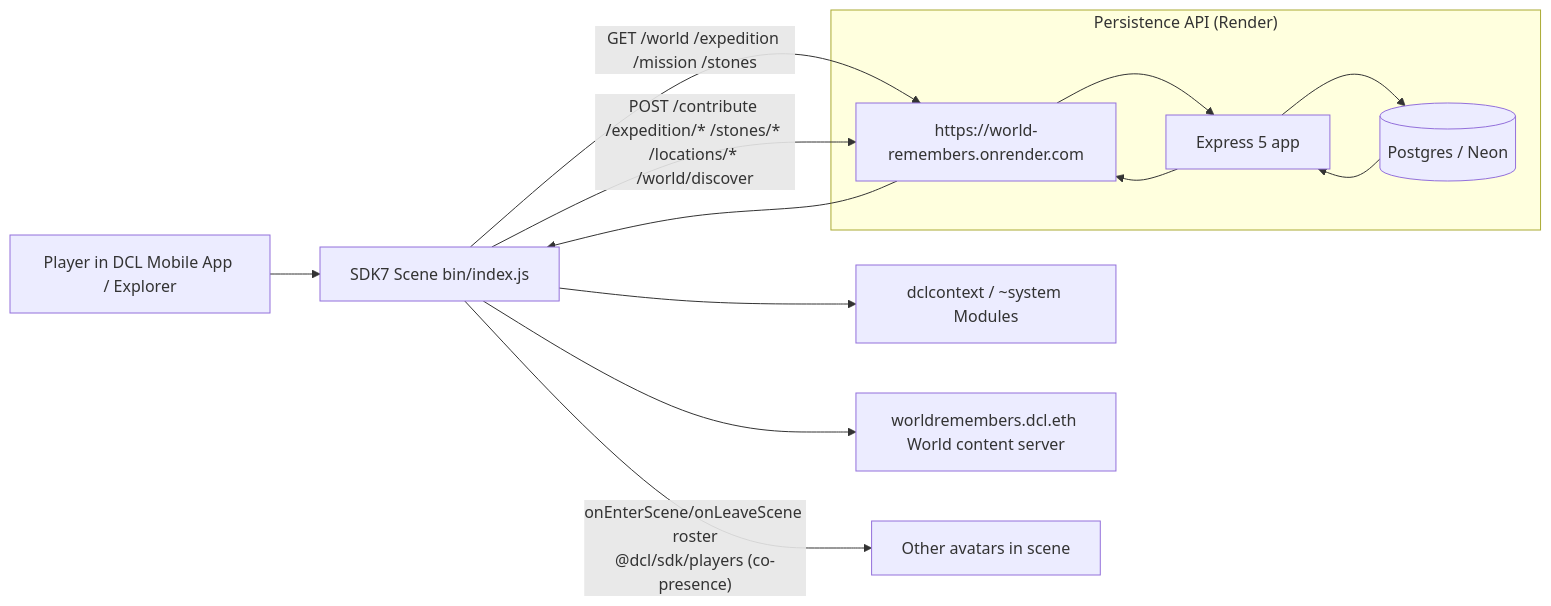
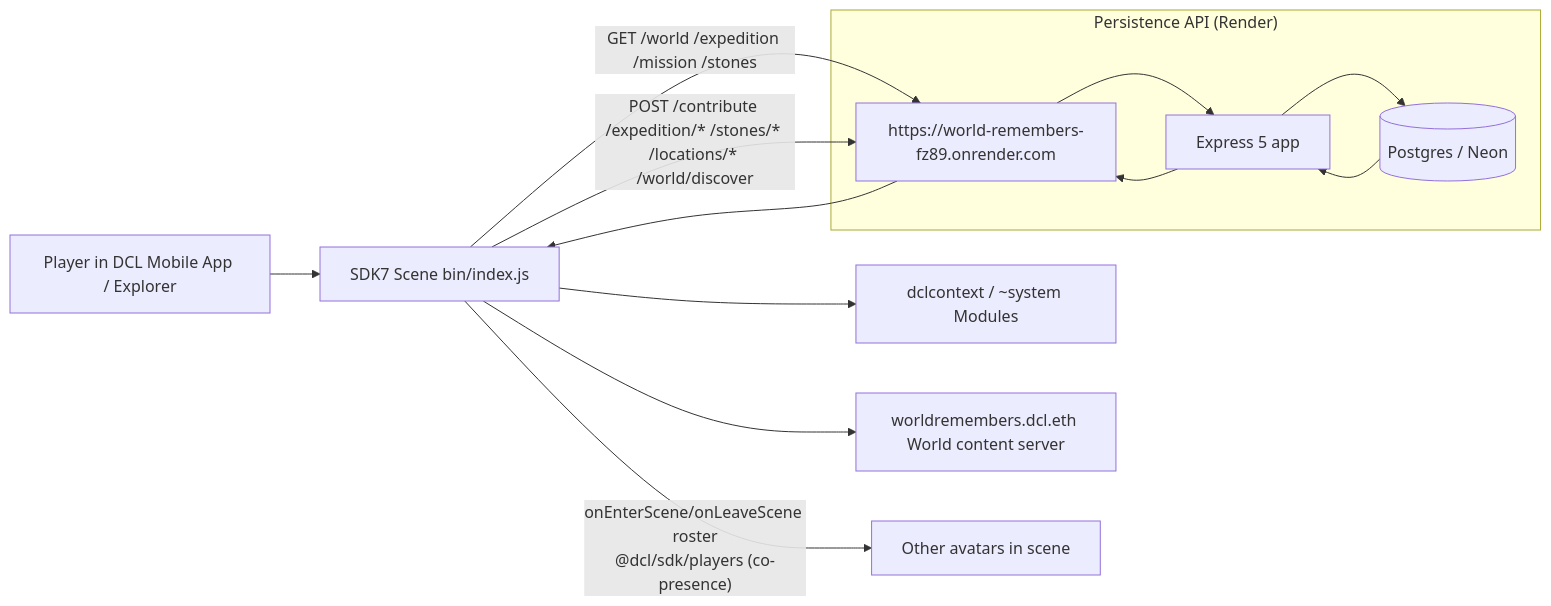
One commit to norbert351/world-remembers changed the diagram in ARCHITECTURE.md. Above: the diagram before and after it, drawn with Mermaid. The commit also changed 3 other files, not shown here.

First line of the commit message:
chore: point world API at world-remembers-fz89.onrender.com

````diff
--- a/ARCHITECTURE.md
+++ b/ARCHITECTURE.md
@@ -11,20 +11,20 @@
 ```mermaid
 flowchart LR
   A[Player in DCL Mobile App / Explorer] --> B[SDK7 Scene bin/index.js]
   B --> C[dclcontext / ~system Modules]
   B --> D[worldremembers.dcl.eth World content server]
 
   subgraph E["Persistence API (Render)"]
-    F[https://world-remembers.onrender.com]
+    F[https://world-remembers-fz89.onrender.com]
     F --> G[Express 5 app]
     G --> H[(Postgres / Neon)]
   end
 
   B -- "GET /world /expedition /mission /stones" --> F
   B -- "POST /contribute /expedition/* /stones/* /locations/* /world/discover" --> F
   H --> G
   G --> F
   F --> B
 
   B -- "onEnterScene/onLeaveScene roster<br/>@dcl/sdk/players (co-presence)" --> I[Other avatars in scene]
 ```
````
